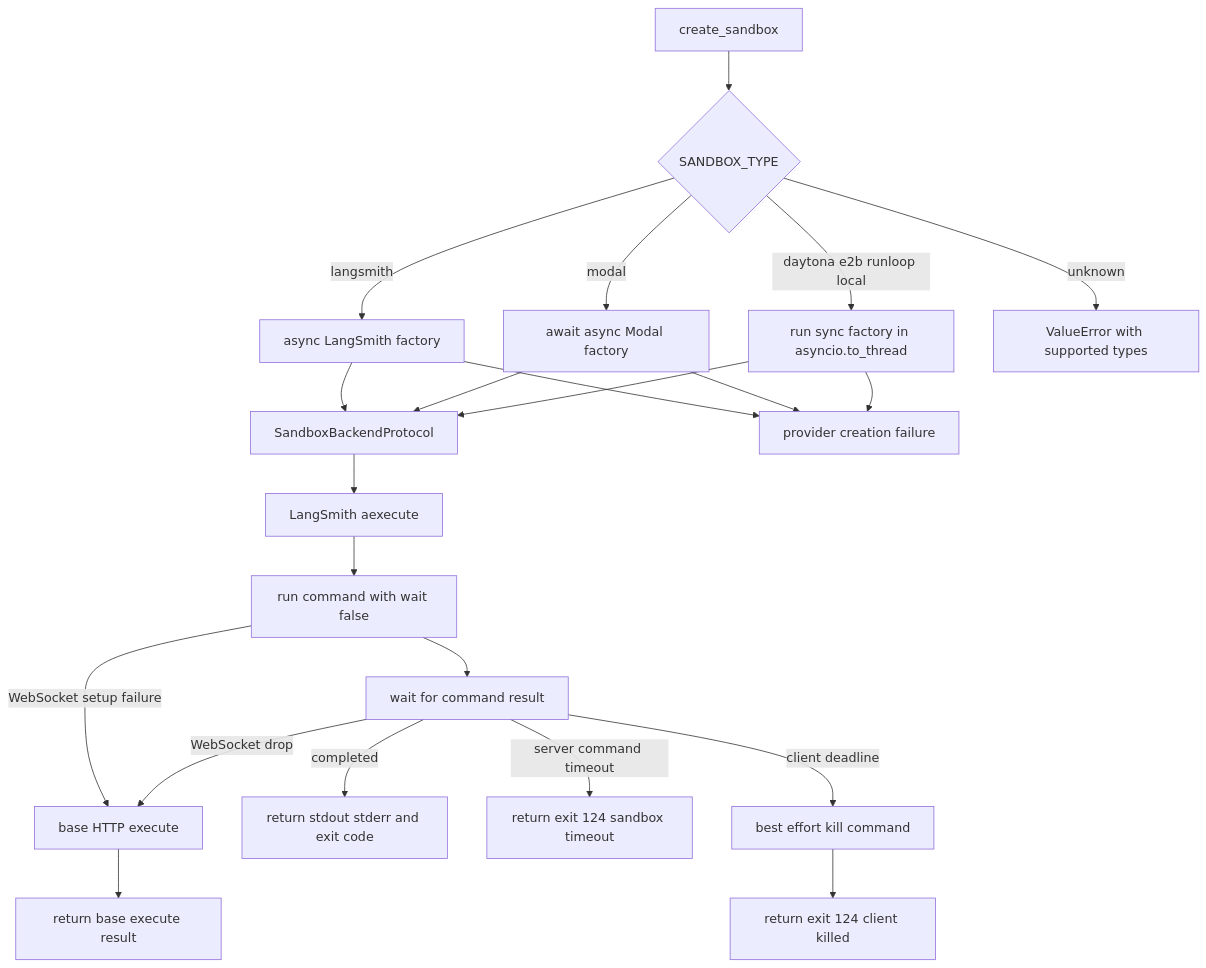
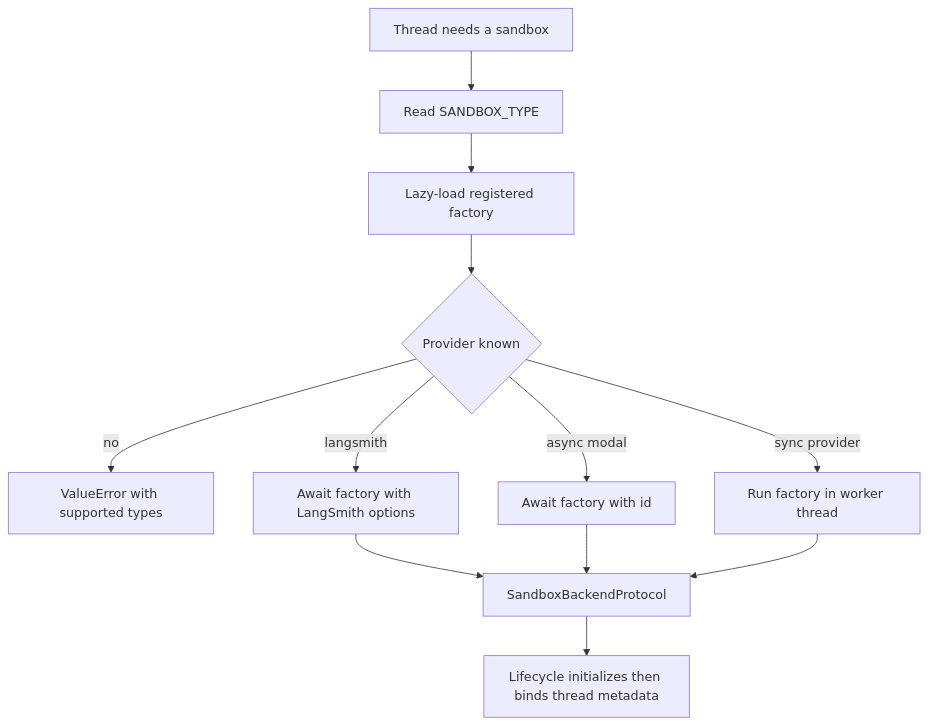
One commit to langchain-ai/open-swe changed the diagram in openwiki/integrations/sandbox-providers.md. Above: the diagram before and after it, drawn with Mermaid. The commit also changed other lines of this file and 52 other files, not shown here.

````diff
--- a/openwiki/integrations/sandbox-providers.md
+++ b/openwiki/integrations/sandbox-providers.md
@@ -51,24 +59,14 @@
 ```mermaid
 flowchart TD
-    Start["create_sandbox"] --> Selector{"SANDBOX_TYPE"}
-    Selector -->|"langsmith"| LangSmith["async LangSmith factory"]
-    Selector -->|"modal"| Modal["await async Modal factory"]
-    Selector -->|"daytona e2b runloop local"| Thread["run sync factory in asyncio.to_thread"]
-    Selector -->|"unknown"| Invalid["ValueError with supported types"]
-    LangSmith --> Created["SandboxBackendProtocol"]
-    Modal --> Created
-    Thread --> Created
-    LangSmith --> CreateFailure["provider creation failure"]
-    Modal --> CreateFailure
-    Thread --> CreateFailure
-    Created --> Execute["LangSmith aexecute"]
-    Execute --> OpenWS["run command with wait false"]
-    OpenWS -->|"WebSocket setup failure"| HttpFallback["base HTTP execute"]
-    OpenWS --> Handle["wait for command result"]
-    Handle -->|"completed"| Result["return stdout stderr and exit code"]
-    Handle -->|"server command timeout"| ServerTimeout["return exit 124 sandbox timeout"]
-    Handle -->|"client deadline"| Kill["best effort kill command"]
-    Kill --> ClientTimeout["return exit 124 client killed"]
-    Handle -->|"WebSocket drop"| HttpFallback
-    HttpFallback --> HttpResult["return base execute result"]
+    Request["Thread needs a sandbox"] --> Select["Read SANDBOX_TYPE"]
+    Select --> Lookup["Lazy-load registered factory"]
+    Lookup --> Known{"Provider known"}
+    Known -->|"no"| Invalid["ValueError with supported types"]
+    Known -->|"langsmith"| LS["Await factory with LangSmith options"]
+    Known -->|"async modal"| Modal["Await factory with id"]
+    Known -->|"sync provider"| Worker["Run factory in worker thread"]
+    LS --> Backend["SandboxBackendProtocol"]
+    Modal --> Backend
+    Worker --> Backend
+    Backend --> Bind["Lifecycle initializes then binds thread metadata"]
 ```
````
